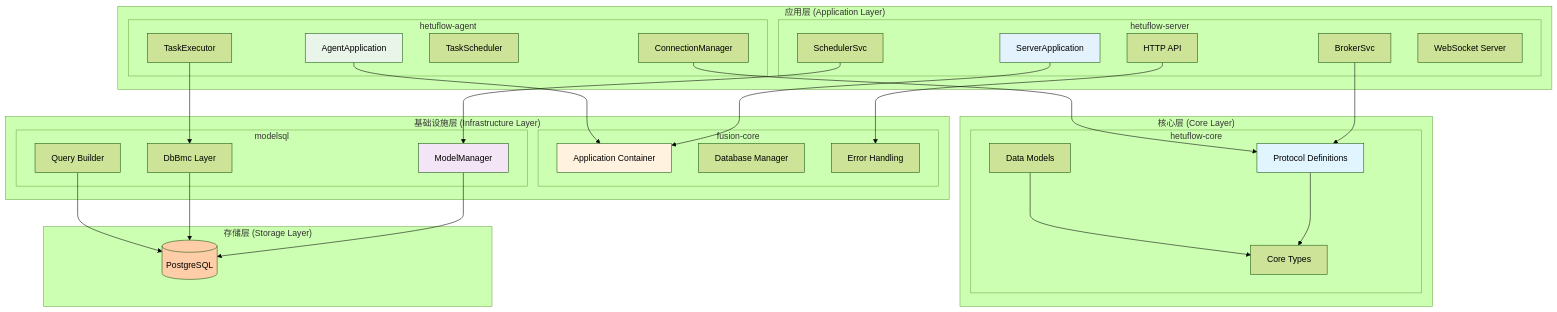
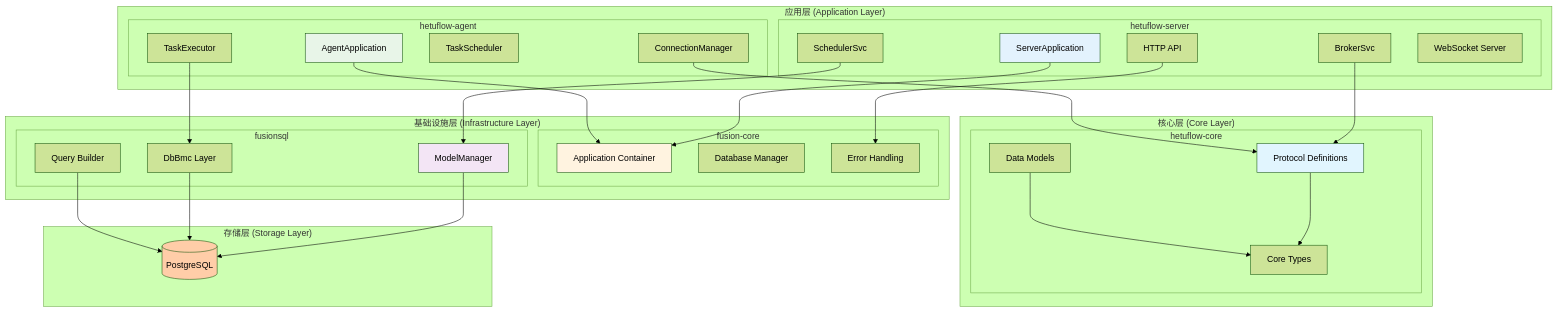
One commit to fusion-data/fusion-data changed the first of 9 diagrams in hetuflow/hetuflow-docs/src/hetuflow/architecture.md. Above: the diagram before and after it, drawn with Mermaid (forest theme). The commit also changed other lines of this file and 395 other files, not shown here.

Commit message:
refactor: Replace `modelsql` project with `fusionsql` project

````diff
--- a/hetuflow/hetuflow-docs/src/hetuflow/architecture.md
+++ b/hetuflow/hetuflow-docs/src/hetuflow/architecture.md
@@ -73,69 +77,69 @@
 ```mermaid
 graph TB
     subgraph "应用层 (Application Layer)"
         subgraph "hetuflow-server"
             S_APP[ServerApplication]
             S_SCHED[SchedulerSvc]
             S_BROKER[BrokerSvc]
             S_API[HTTP API]
             S_WS[WebSocket Server]
         end
 
         subgraph "hetuflow-agent"
             A_APP[AgentApplication]
             A_EXEC[TaskExecutor]
             A_SCHED[TaskScheduler]
             A_CONN[ConnectionManager]
         end
     end
 
     subgraph "基础设施层 (Infrastructure Layer)"
         subgraph "fusion-core"
             FC_APP[Application Container]
             FC_DB[Database Manager]
             FC_ERROR[Error Handling]
         end
 
-        subgraph "modelsql"
+        subgraph "fusionsql"
             MS_MM[ModelManager]
             MS_BMC[DbBmc Layer]
             MS_QUERY[Query Builder]
         end
     end
 
     subgraph "核心层 (Core Layer)"
         subgraph "hetuflow-core"
             HC_PROTO[Protocol Definitions]
             HC_MODELS[Data Models]
             HC_TYPES[Core Types]
         end
     end
 
     subgraph "存储层 (Storage Layer)"
         PG[(PostgreSQL)]
     end
 
     %% Dependencies
     S_APP --> FC_APP
     S_SCHED --> MS_MM
     S_BROKER --> HC_PROTO
     S_API --> FC_ERROR
 
     A_APP --> FC_APP
     A_EXEC --> MS_BMC
     A_CONN --> HC_PROTO
 
     MS_MM --> PG
     MS_BMC --> PG
     MS_QUERY --> PG
 
     HC_PROTO --> HC_TYPES
     HC_MODELS --> HC_TYPES
 
     style S_APP fill:#e3f2fd
     style A_APP fill:#e8f5e8
     style FC_APP fill:#fff3e0
     style MS_MM fill:#f3e5f5
     style HC_PROTO fill:#e1f5fe
     style PG fill:#ffcda8
 ```
````
